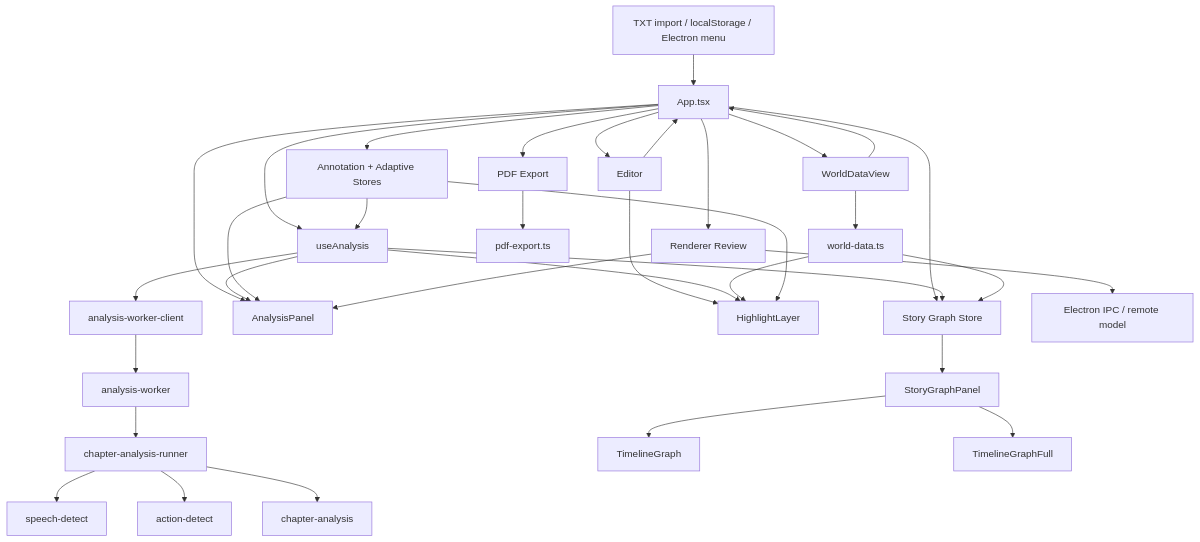
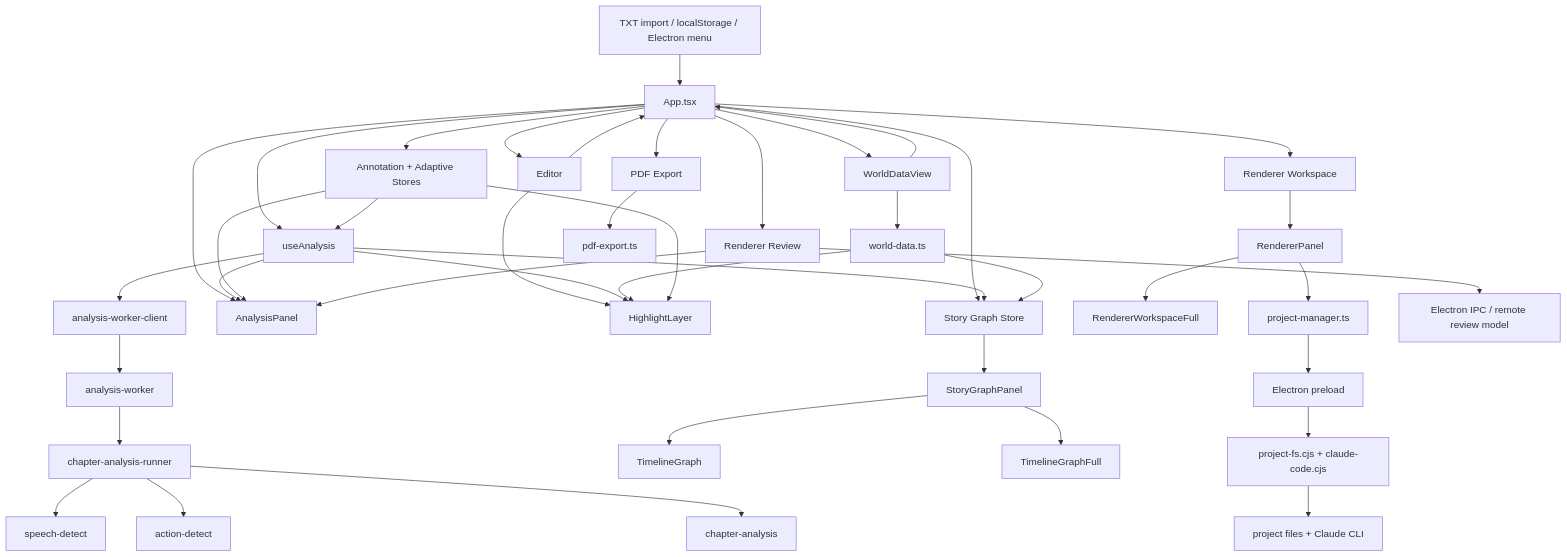
Before and after one commit to Piyakorn2112/LATENT-WRITE: the first of 9 diagrams in README.md, drawn with Mermaid. The commit also changed other lines of this file and 24 other files, not shown here.

````diff
--- a/README.md
+++ b/README.md
@@ -30,43 +30,51 @@
 ```mermaid
 flowchart TD
     A[TXT import / localStorage / Electron menu] --> B[App.tsx]
     B --> C[Editor]
     B --> D[useAnalysis]
     B --> E[WorldDataView]
     B --> F[Story Graph Store]
     B --> G[AnalysisPanel]
     B --> H[Annotation + Adaptive Stores]
-    B --> I[Renderer Review]
-    B --> J[PDF Export]
+    B --> I[Renderer Workspace]
+    B --> J[Renderer Review]
+    B --> K[PDF Export]
 
-    C --> K[HighlightLayer]
+    C --> L[HighlightLayer]
     C --> B
 
-    D --> L[analysis-worker-client]
-    L --> M[analysis-worker]
-    M --> N[chapter-analysis-runner]
-    N --> O[speech-detect]
-    N --> P[action-detect]
-    N --> Q[chapter-analysis]
+    D --> M[analysis-worker-client]
+    M --> N[analysis-worker]
+    N --> O[chapter-analysis-runner]
+    O --> P[speech-detect]
+    O --> Q[action-detect]
+    O --> R[chapter-analysis]
     D --> G
     D --> F
-    D --> K
+    D --> L
 
-    E --> R[world-data.ts]
-    R --> K
-    R --> F
+    E --> S[world-data.ts]
+    S --> L
+    S --> F
     E --> B
 
-    F --> S[StoryGraphPanel]
-    S --> T[TimelineGraph]
-    S --> U[TimelineGraphFull]
+    F --> T[StoryGraphPanel]
+    T --> U[TimelineGraph]
+    T --> V[TimelineGraphFull]
 
     H --> D
-    H --> K
+    H --> L
     H --> G
 
-    I --> V[Electron IPC / remote model]
-    I --> G
+    I --> W[RendererPanel]
+    W --> X[RendererWorkspaceFull]
+    W --> Y[project-manager.ts]
+    Y --> Z[Electron preload]
+    Z --> AA[project-fs.cjs + claude-code.cjs]
+    AA --> AB[project files + Claude CLI]
 
-    J --> W[pdf-export.ts]
+    J --> AC[Electron IPC / remote review model]
+    J --> G
+
+    K --> AD[pdf-export.ts]
 ```
````
